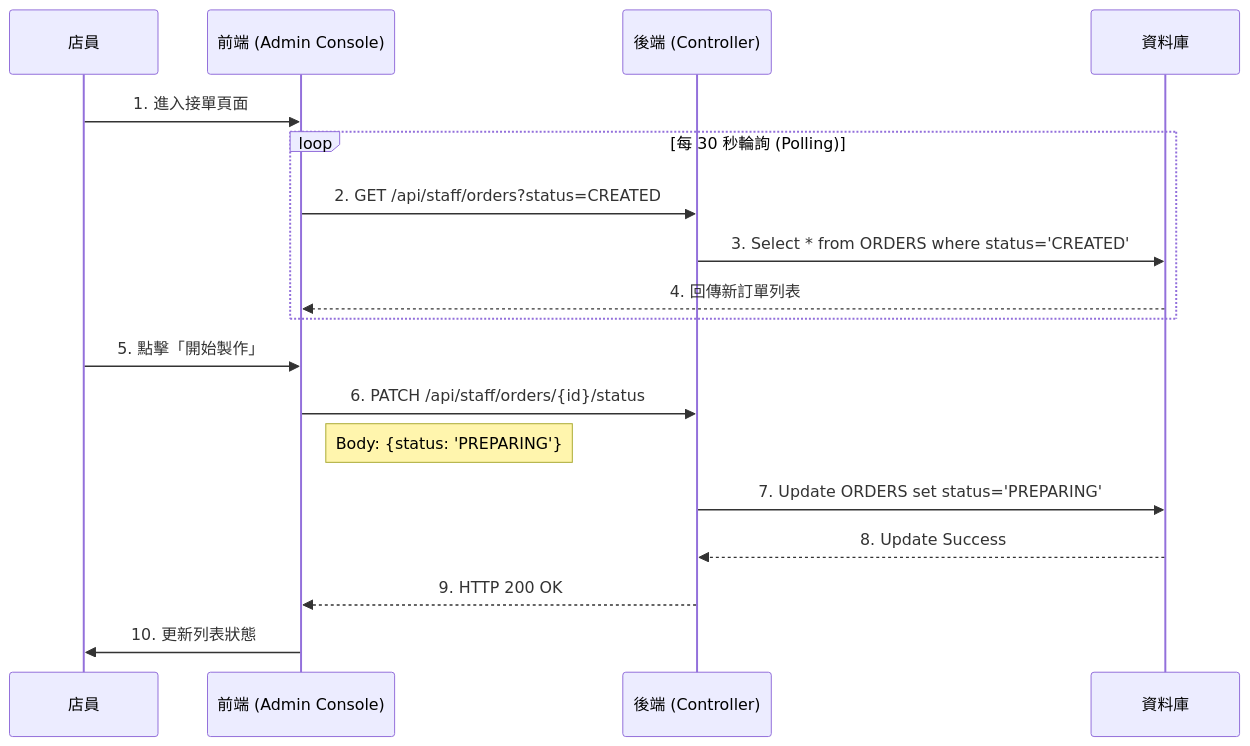
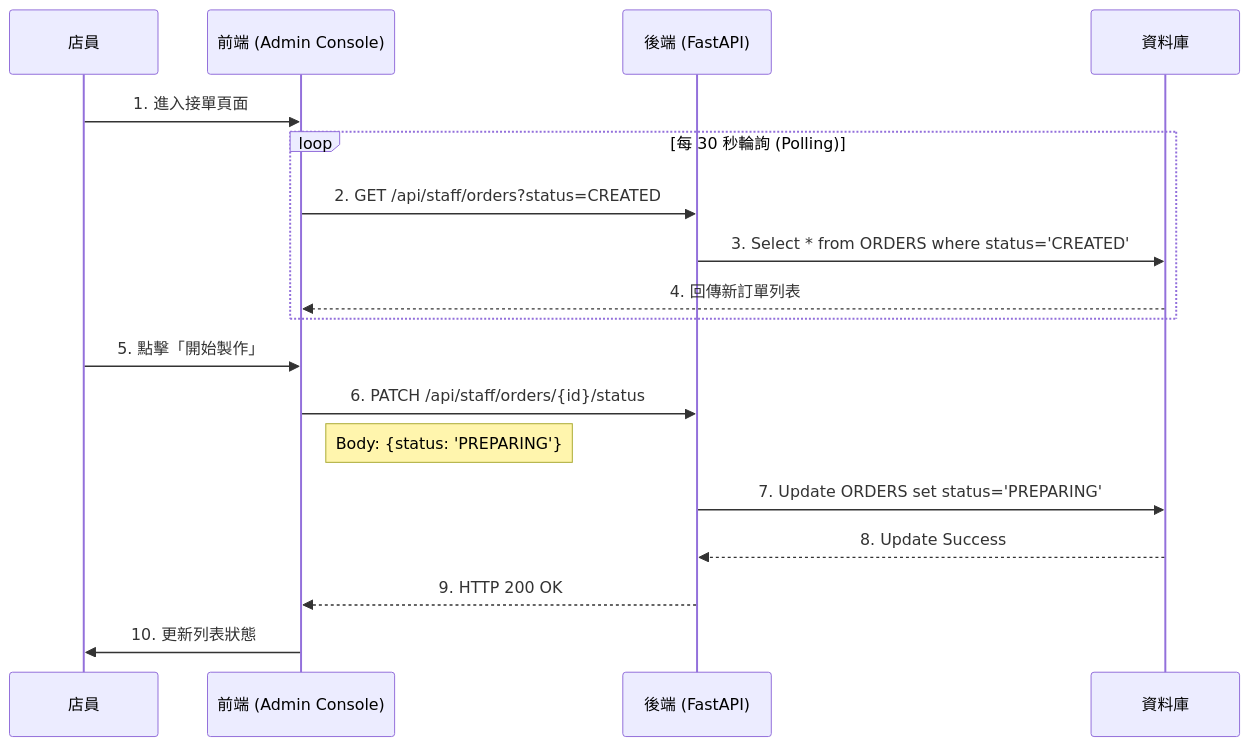
The fifth of 5 diagrams in doc/SD.md (111534114/Shopping), drawn with Mermaid before and after one commit. The commit also changed other lines of this file and 9 other files, not shown here.

````diff
--- a/doc/SD.md
+++ b/doc/SD.md
@@ -241,21 +241,21 @@
 ```mermaid
 sequenceDiagram
     participant Staff as 店員
     participant FE as 前端 (Admin Console)
-    participant API as 後端 (Controller)
+    participant API as 後端 (FastAPI)
     participant DB as 資料庫
 
     Staff->>FE: 1. 進入接單頁面
     loop 每 30 秒輪詢 (Polling)
         FE->>API: 2. GET /api/staff/orders?status=CREATED
         API->>DB: 3. Select * from ORDERS where status='CREATED'
         DB-->>FE: 4. 回傳新訂單列表
     end
     Staff->>FE: 5. 點擊「開始製作」
     FE->>API: 6. PATCH /api/staff/orders/{id}/status
     Note right of FE: Body: {status: 'PREPARING'}
     API->>DB: 7. Update ORDERS set status='PREPARING'
     DB-->>API: 8. Update Success
     API-->>FE: 9. HTTP 200 OK
     FE->>Staff: 10. 更新列表狀態
 ```
````
